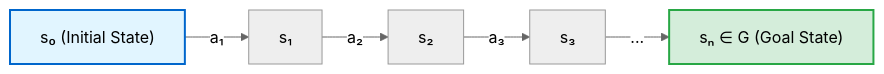
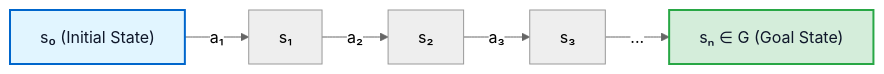
One commit to blebleblee/synapse changed the first of 4 diagrams in topics/computing/ai/ai_agents/lesson_01_autonomous_planning_basics.md. Above: the diagram before and after it, drawn with Mermaid (neutral theme). The commit also changed other lines of this file and 1464 other files, not shown here.

Commit message:
feat(release): curriculum vector mermaid upgrade, render hardening, and master synpack

````diff
--- a/topics/computing/ai/ai_agents/lesson_01_autonomous_planning_basics.md
+++ b/topics/computing/ai/ai_agents/lesson_01_autonomous_planning_basics.md
@@ -33,10 +33,10 @@
 ```mermaid
 graph LR
     S0["s₀ (Initial State)"] -->|"a₁"| S1["s₁"]
     S1 -->|"a₂"| S2["s₂"]
     S2 -->|"a₃"| S3["s₃"]
     S3 -->|"..."| SN["sₙ ∈ G (Goal State)"]
     
-    style S0 fill:#e1f5ff,stroke:#0066cc,stroke-width:2px
-    style SN fill:#d4edda,stroke:#28a745,stroke-width:2px
+    style S0 fill:#e1f5ff,stroke:#0066cc,stroke-width:2px,color:#0f172a
+    style SN fill:#d4edda,stroke:#28a745,stroke-width:2px,color:#0f172a
 ```
````
